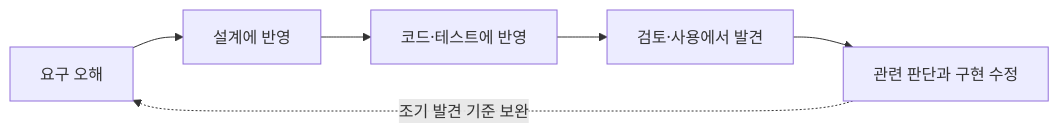
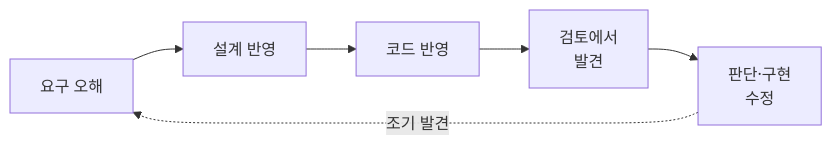
The first of 16 diagrams in engine/production/src/test/fixtures/reference-session.md (YoungSan77/TrainingMaterials), drawn with Mermaid before and after one commit. The commit also changed other lines of this file and 5 other files, not shown here.

````diff
--- a/engine/production/src/test/fixtures/reference-session.md
+++ b/engine/production/src/test/fixtures/reference-session.md
@@ -79,8 +79,8 @@
 ```mermaid
 flowchart LR
-    R["요구 오해"] --> D["설계에 반영"]
-    D --> C["코드·테스트에 반영"]
-    C --> F["검토·사용에서 발견"]
-    F --> W["관련 판단과 구현 수정"]
-    W -. 조기 발견 기준 보완 .-> R
+    R["요구 오해"] --> D["설계 반영"]
+    D --> C["코드 반영"]
+    C --> F["검토에서<br/>발견"]
+    F --> W["판단·구현<br/>수정"]
+    W -. 조기 발견 .-> R
 ```
````
